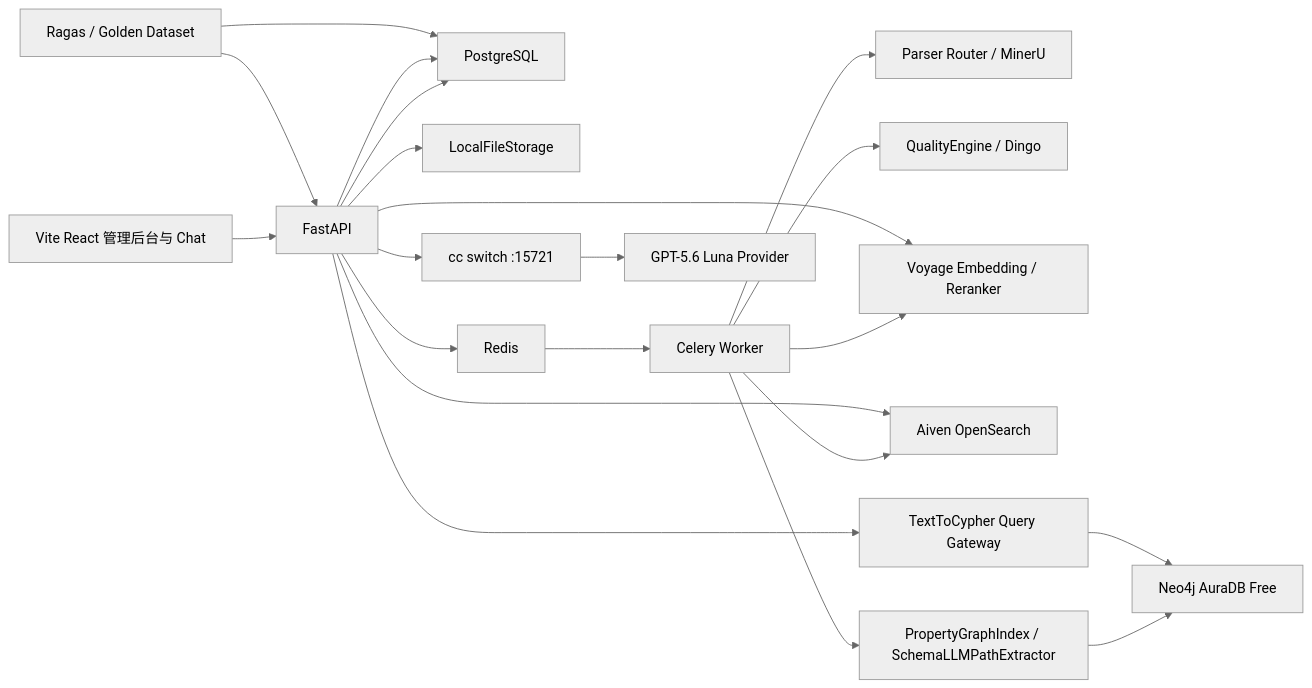
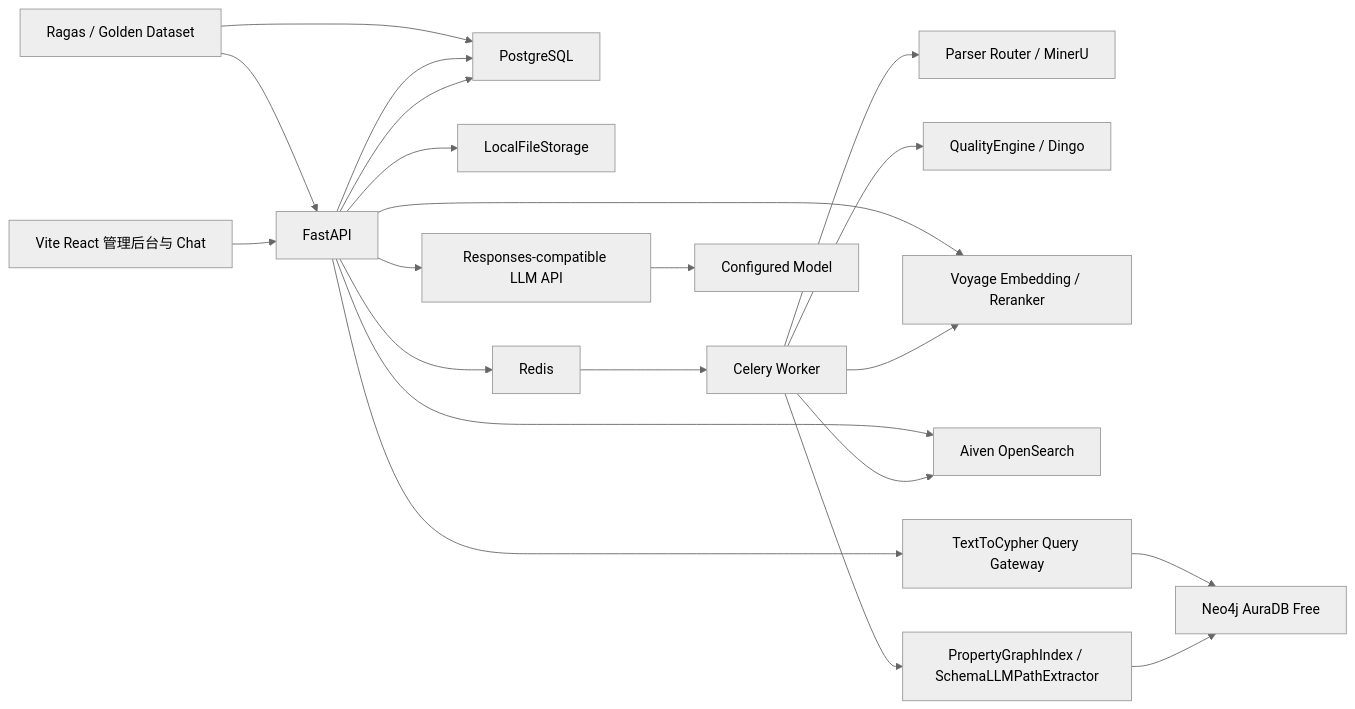
Before and after one commit to xuanheScript/robust-rag: the first of 4 diagrams in docs/IMPLEMENTATION_PLAN.md, drawn with Mermaid (neutral theme). The commit also changed other lines of this file and 76 other files, not shown here.

````diff
--- a/docs/IMPLEMENTATION_PLAN.md
+++ b/docs/IMPLEMENTATION_PLAN.md
@@ -119,23 +119,23 @@
 ```mermaid
 flowchart LR
     UI["Vite React 管理后台与 Chat"] --> API["FastAPI"]
     API --> PG["PostgreSQL"]
     API --> FS["LocalFileStorage"]
     API --> REDIS["Redis"]
     REDIS --> WORKER["Celery Worker"]
     WORKER --> PARSER["Parser Router / MinerU"]
     WORKER --> DINGO["QualityEngine / Dingo"]
     WORKER --> VOYAGE["Voyage Embedding / Reranker"]
     WORKER --> OS["Aiven OpenSearch"]
     WORKER --> GRAPH["PropertyGraphIndex / SchemaLLMPathExtractor"]
     GRAPH --> NEO4J["Neo4j AuraDB Free"]
     API --> OS
     API --> CYPHER["TextToCypher Query Gateway"]
     CYPHER --> NEO4J
     API --> VOYAGE
-    API --> CCS["cc switch :15721"]
-    CCS --> LLM["GPT-5.6 Luna Provider"]
+    API --> LLMAPI["Responses-compatible LLM API"]
+    LLMAPI --> LLM["Configured Model"]
     API --> PG
     EVAL["Ragas / Golden Dataset"] --> API
     EVAL --> PG
 ```
````
